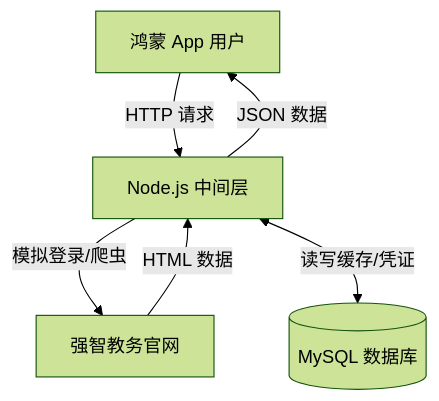
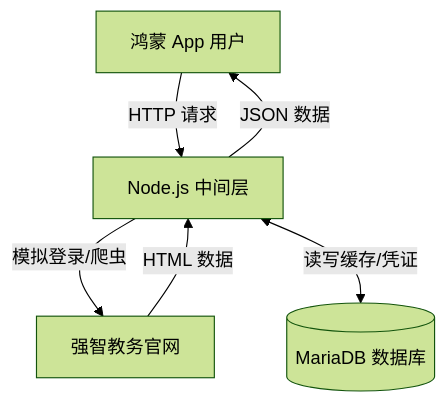
One commit to Huijunkai/My-Group changed the diagram in docs/PROJECT_PLAN.md. Above: the diagram before and after it, drawn with Mermaid (forest theme). The commit also changed other lines of this file and 4 other files, not shown here.

````diff
--- a/docs/PROJECT_PLAN.md
+++ b/docs/PROJECT_PLAN.md
@@ -15,8 +15,8 @@
 ```mermaid
 graph TD
     User[鸿蒙 App 用户] -->|HTTP 请求| NodeServer[Node.js 中间层]
     NodeServer -->|模拟登录/爬虫| JW[强智教务官网]
-    NodeServer <-->|读写缓存/凭证| DB[(MySQL 数据库)]
+    NodeServer <-->|读写缓存/凭证| DB[(MariaDB 数据库)]
     JW -->|HTML 数据| NodeServer
     NodeServer -->|JSON 数据| User
 ```
````
